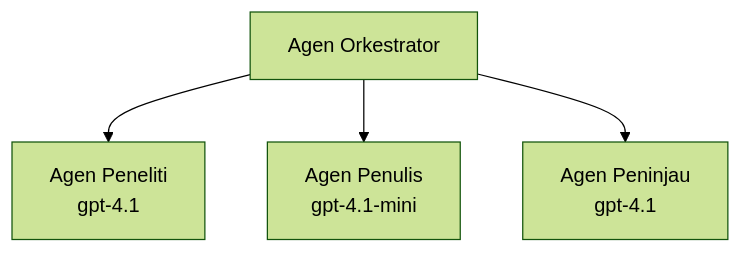
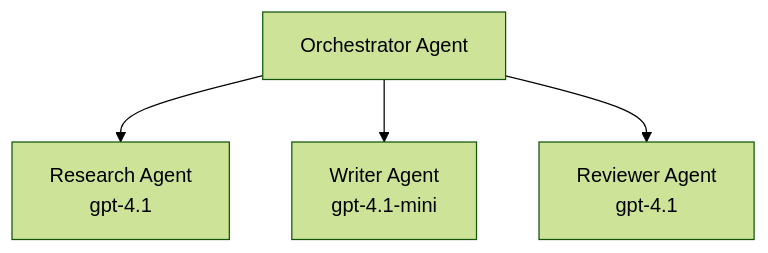
The third of 3 diagrams in translations/id/docs/chapter-02-ai-development/agents.md (microsoft/AZD-for-beginners), drawn with Mermaid (forest theme) before and after one commit. The commit also changed other lines of this file and 167 other files, not shown here.

````diff
--- a/translations/id/docs/chapter-02-ai-development/agents.md
+++ b/translations/id/docs/chapter-02-ai-development/agents.md
@@ -201,6 +198,6 @@
 ```mermaid
 graph TD
-    Orchestrator[Agen Orkestrator] --> Research[Agen Peneliti<br/>gpt-4.1]
-    Orchestrator --> Writer[Agen Penulis<br/>gpt-4.1-mini]
-    Orchestrator --> Reviewer[Agen Peninjau<br/>gpt-4.1]
+    Orchestrator[Orchestrator Agent] --> Research[Research Agent<br/>gpt-4.1]
+    Orchestrator --> Writer[Writer Agent<br/>gpt-4.1-mini]
+    Orchestrator --> Reviewer[Reviewer Agent<br/>gpt-4.1]
 ```
````
